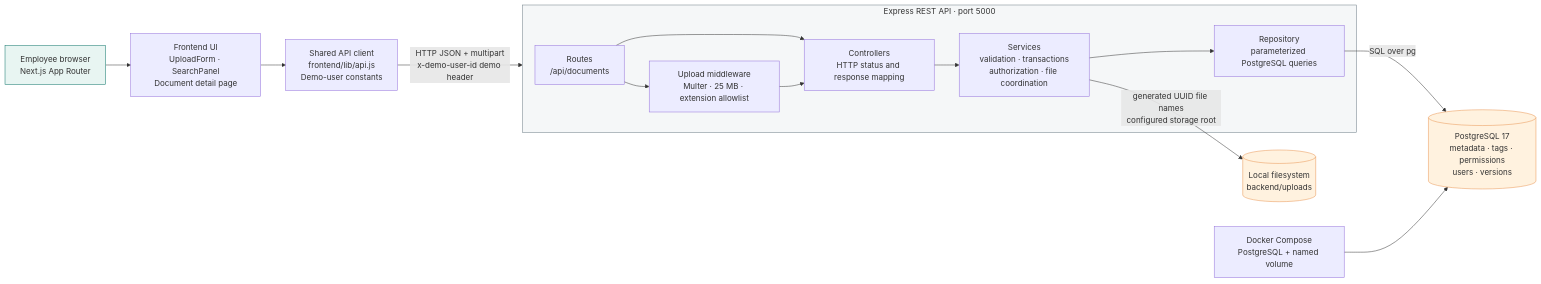
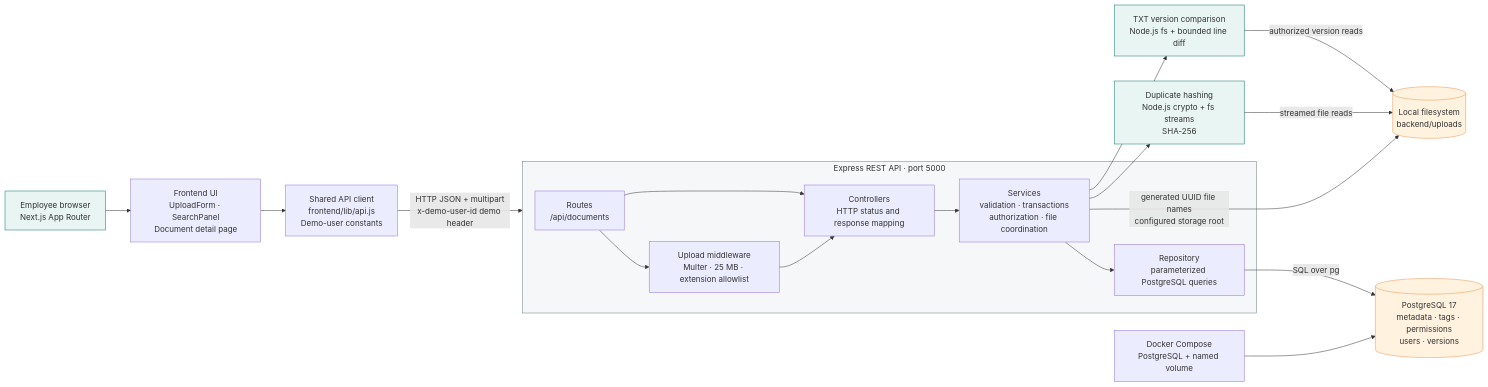
Before and after one commit to nourmohamedd39/eemw_technical_assessment: the diagram in docs/architecture.md, drawn with Mermaid. The commit also changed other lines of this file and 21 other files, not shown here.

````diff
--- a/docs/architecture.md
+++ b/docs/architecture.md
@@ -10,32 +10,38 @@
 ```mermaid
 flowchart LR
     Browser["Employee browser\nNext.js App Router"]
     UI["Frontend UI\nUploadForm · SearchPanel\nDocument detail page"]
     Client["Shared API client\nfrontend/lib/api.js\nDemo-user constants"]
 
     Browser --> UI
     UI --> Client
     Client -->|HTTP JSON + multipart\nx-demo-user-id demo header| API
 
     subgraph API["Express REST API · port 5000"]
         Routes["Routes\n/api/documents"]
         Upload["Upload middleware\nMulter · 25 MB · extension allowlist"]
         Controllers["Controllers\nHTTP status and response mapping"]
         Services["Services\nvalidation · transactions\nauthorization · file coordination"]
         Repository["Repository\nparameterized PostgreSQL queries"]
         Routes --> Upload
         Routes --> Controllers
         Upload --> Controllers
         Controllers --> Services
         Services --> Repository
     end
 
     Repository -->|SQL over pg| DB[("PostgreSQL 17\nmetadata · tags · permissions\nusers · versions")]
     Services -->|generated UUID file names\nconfigured storage root| FS[("Local filesystem\nbackend/uploads")]
+    Services --> Hash["Duplicate hashing\nNode.js crypto + fs streams\nSHA-256"]
+    Hash -->|streamed file reads| FS
+    Services --> Compare["TXT version comparison\nNode.js fs + bounded line diff"]
+    Compare -->|authorized version reads| FS
     Docker["Docker Compose\nPostgreSQL + named volume"] --> DB
 
     style Browser fill:#e8f5f2,stroke:#0d746b
     style API fill:#f5f7f8,stroke:#6d7d86
     style DB fill:#fff2df,stroke:#e99552
     style FS fill:#fff2df,stroke:#e99552
+    style Hash fill:#e8f5f2,stroke:#0d746b
+    style Compare fill:#e8f5f2,stroke:#0d746b
 ```
````
